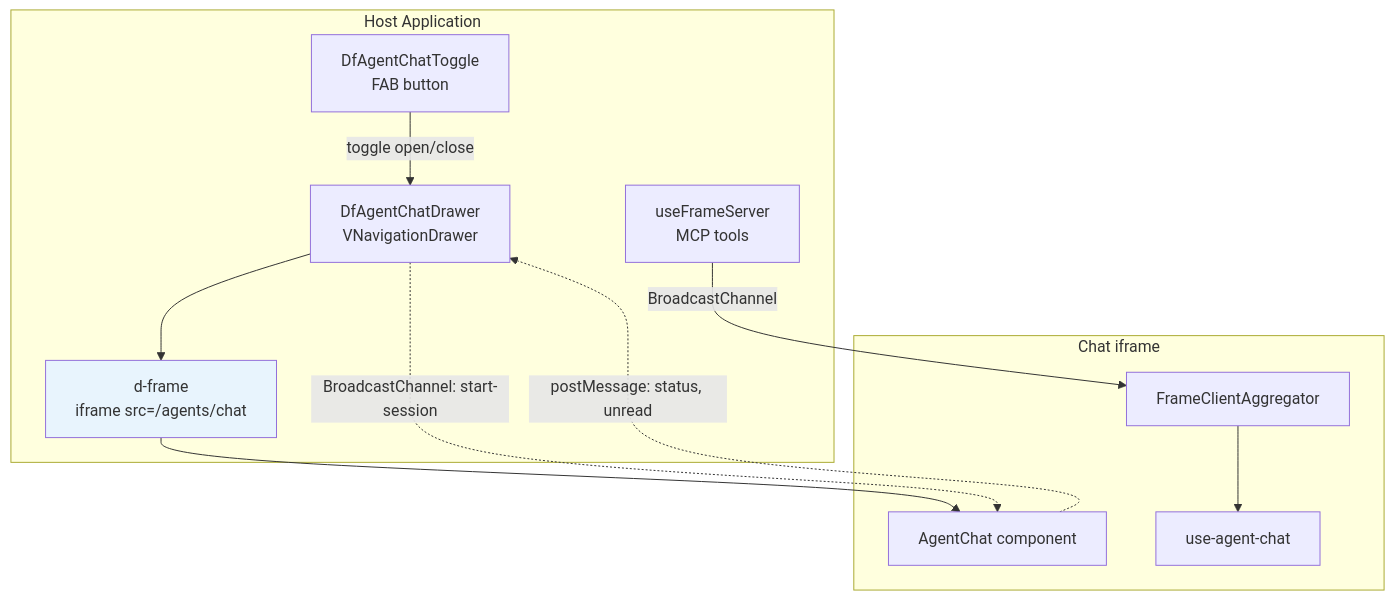
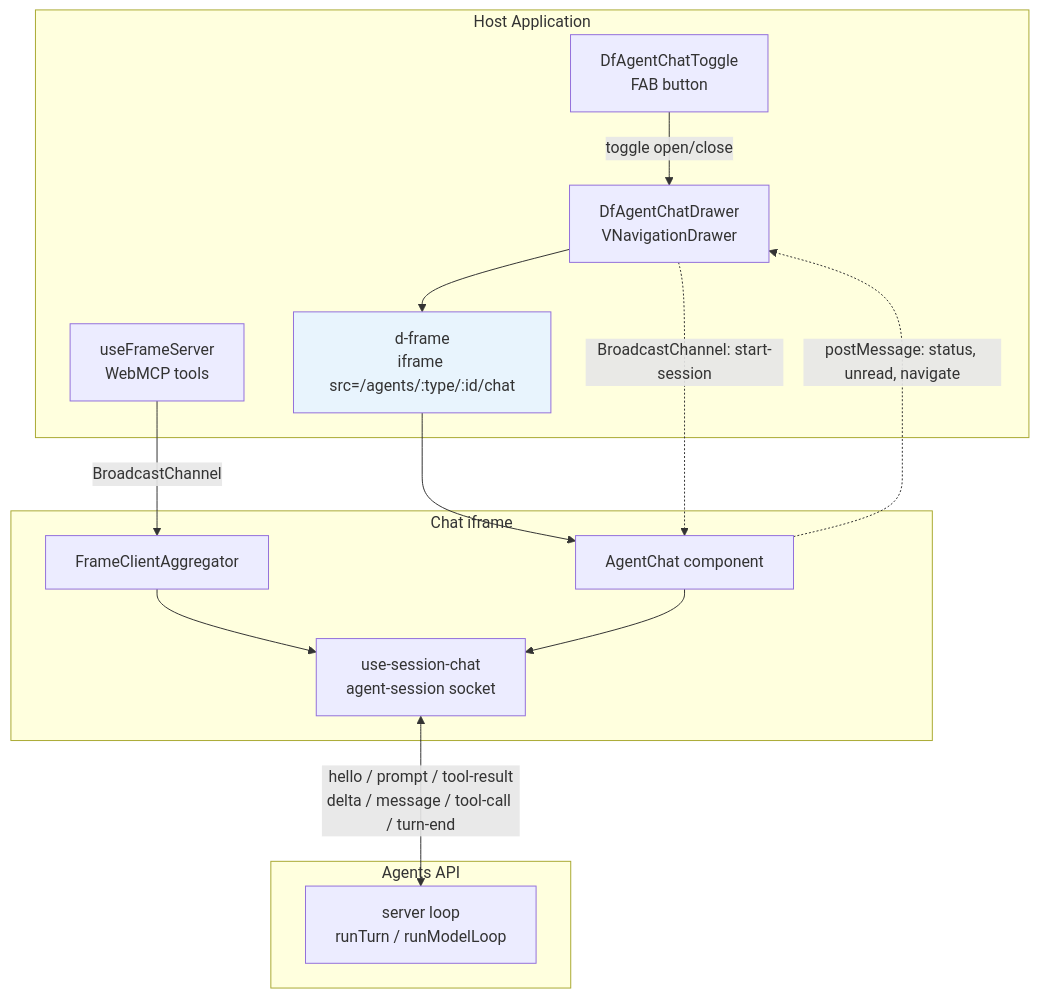
One commit to data-fair/agents changed the diagram in docs/architecture/embedding.md. Above: the diagram before and after it, drawn with Mermaid. The commit also changed other lines of this file and 696 other files, not shown here.

Commit message:
feat: autonomous agents, on a server-side loop (#80)

````diff
--- a/docs/architecture/embedding.md
+++ b/docs/architecture/embedding.md
@@ -5,27 +7,33 @@
 ```mermaid
 graph TB
   subgraph Host Application
     Toggle[DfAgentChatToggle<br/>FAB button]
     Drawer[DfAgentChatDrawer<br/>VNavigationDrawer]
-    Frame[d-frame<br/>iframe src=/agents/chat]
-    Tools[useFrameServer<br/>MCP tools]
+    Frame[d-frame<br/>iframe src=/agents/:type/:id/chat]
+    Tools[useFrameServer<br/>WebMCP tools]
   end
 
   subgraph Chat iframe
     ChatUI[AgentChat component]
     Agg[FrameClientAggregator]
-    Core[use-agent-chat]
+    Session[use-session-chat<br/>agent-session socket]
+  end
+
+  subgraph Agents API
+    Loop[server loop<br/>runTurn / runModelLoop]
   end
 
   Toggle -->|toggle open/close| Drawer
   Drawer --> Frame
   Frame --> ChatUI
 
   Tools -->|BroadcastChannel| Agg
-  Agg --> Core
+  Agg --> Session
+  ChatUI --> Session
+  Session <-->|"hello / prompt / tool-result<br/>delta / message / tool-call / turn-end"| Loop
 
-  ChatUI -.->|postMessage: status, unread| Drawer
+  ChatUI -.->|postMessage: status, unread, navigate| Drawer
   Drawer -.->|BroadcastChannel: start-session| ChatUI
 
   style Frame fill:#e8f4fd
 ```
````
